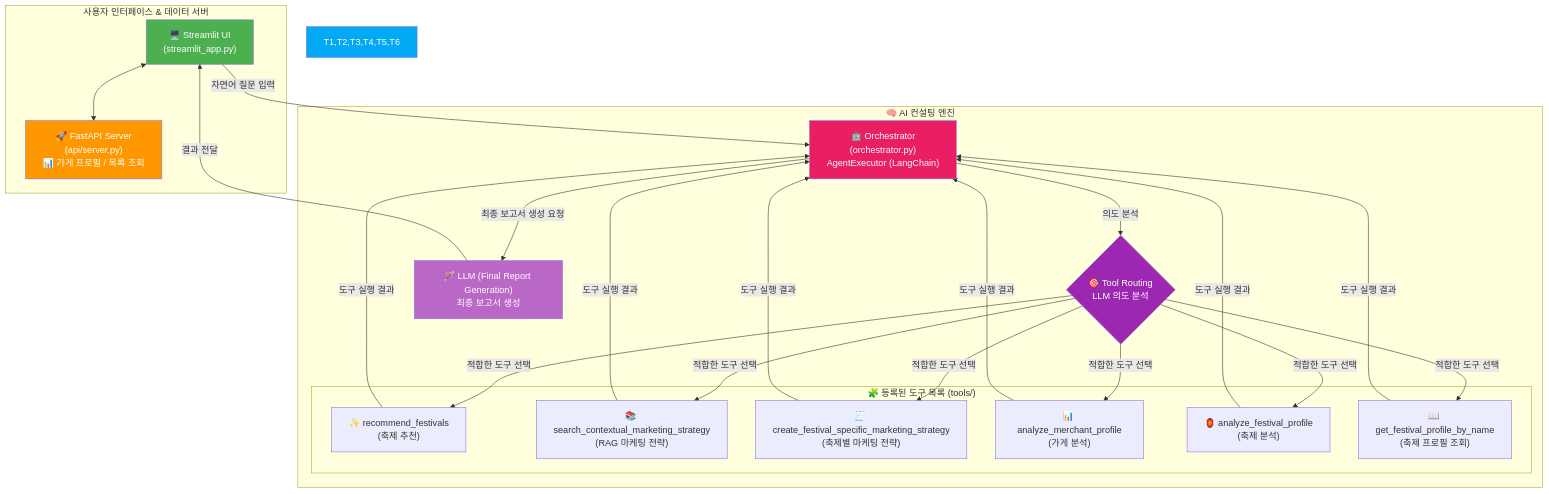
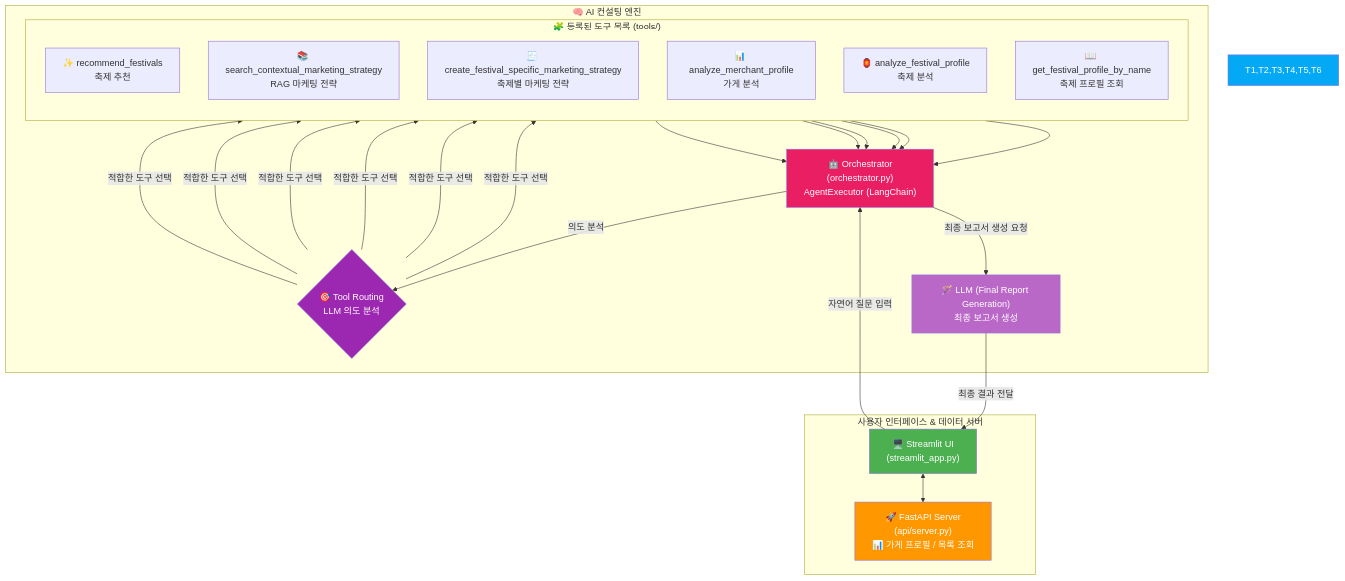
One commit to Synapse-Bigcontest/2025_bigcontest changed the first of 4 diagrams in README.md. Above: the diagram before and after it, drawn with Mermaid. The commit also changed other lines of this file, not shown here.

````diff
--- a/README.md
+++ b/README.md
@@ -84,39 +84,57 @@
 ```mermaid
 graph TD
 
     %% --- 사용자 & 서버 ---
     subgraph "사용자 인터페이스 & 데이터 서버"
         A["🖥️ Streamlit UI<br>(streamlit_app.py)"] <--> B["🚀 FastAPI Server<br>(api/server.py)<br>📊 가게 프로필 / 목록 조회"]
     end
 
     %% --- AI 컨설팅 엔진 ---
     subgraph "🧠 AI 컨설팅 엔진"
         C["🤖 Orchestrator<br>(orchestrator.py)<br>AgentExecutor (LangChain)"]
         D{"🎯 Tool Routing<br>LLM 의도 분석"}
-        
+
+        %% 도구 목록을 세로로 배치
         subgraph "🧩 등록된 도구 목록 (tools/)"
-            T1["✨ recommend_festivals<br>(축제 추천)"]
-            T2["📚 search_contextual_marketing_strategy<br>(RAG 마케팅 전략)"]
-            T3["🧾 create_festival_specific_marketing_strategy<br>(축제별 마케팅 전략)"]
-            T4["📊 analyze_merchant_profile<br>(가게 분석)"]
-            T5["🏮 analyze_festival_profile<br>(축제 분석)"]
-            T6["📖 get_festival_profile_by_name<br>(축제 프로필 조회)"]
+            direction TB
+            T1["✨ recommend_festivals<br>축제 추천"]
+            T2["📚 search_contextual_marketing_strategy<br>RAG 마케팅 전략"]
+            T3["🧾 create_festival_specific_marketing_strategy<br>축제별 마케팅 전략"]
+            T4["📊 analyze_merchant_profile<br>가게 분석"]
+            T5["🏮 analyze_festival_profile<br>축제 분석"]
+            T6["📖 get_festival_profile_by_name<br>축제 프로필 조회"]
         end
-        
+
         LLM_Final["🪄 LLM (Final Report Generation)<br>최종 보고서 생성"]
     end
 
+    %% --- 흐름 ---
     A -- "자연어 질문 입력" --> C
     C -- "의도 분석" --> D
-    D -- "적합한 도구 선택" --> T1 & T2 & T3 & T4 & T5 & T6
-    T1 & T2 & T3 & T4 & T5 & T6 -- "도구 실행 결과" --> C
+    D -- "적합한 도구 선택" --> T1
+    D -- "적합한 도구 선택" --> T2
+    D -- "적합한 도구 선택" --> T3
+    D -- "적합한 도구 선택" --> T4
+    D -- "적합한 도구 선택" --> T5
+    D -- "적합한 도구 선택" --> T6
+
+    %% 도구 결과 → Orchestrator
+    T1 --> C
+    T2 --> C
+    T3 --> C
+    T4 --> C
+    T5 --> C
+    T6 --> C
+
+    %% LLM 최종 결과
     C -- "최종 보고서 생성 요청" --> LLM_Final
-    LLM_Final -- "결과 전달" --> A
+    LLM_Final -- "최종 결과 전달" --> A
 
+    %% --- 스타일 ---
     style A fill:#4CAF50,color:#fff
     style B fill:#FF9800,color:#fff
     style C fill:#E91E63,color:#fff
     style D fill:#9C27B0,color:#fff
     style T1,T2,T3,T4,T5,T6 fill:#03A9F4,color:#fff
     style LLM_Final fill:#BA68C8,color:#fff
 ```
````
